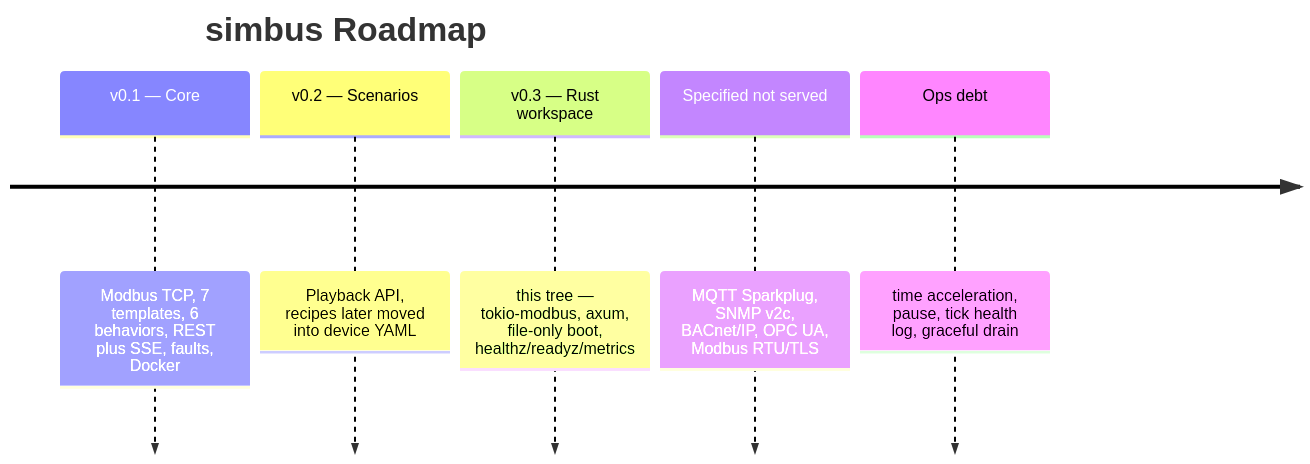
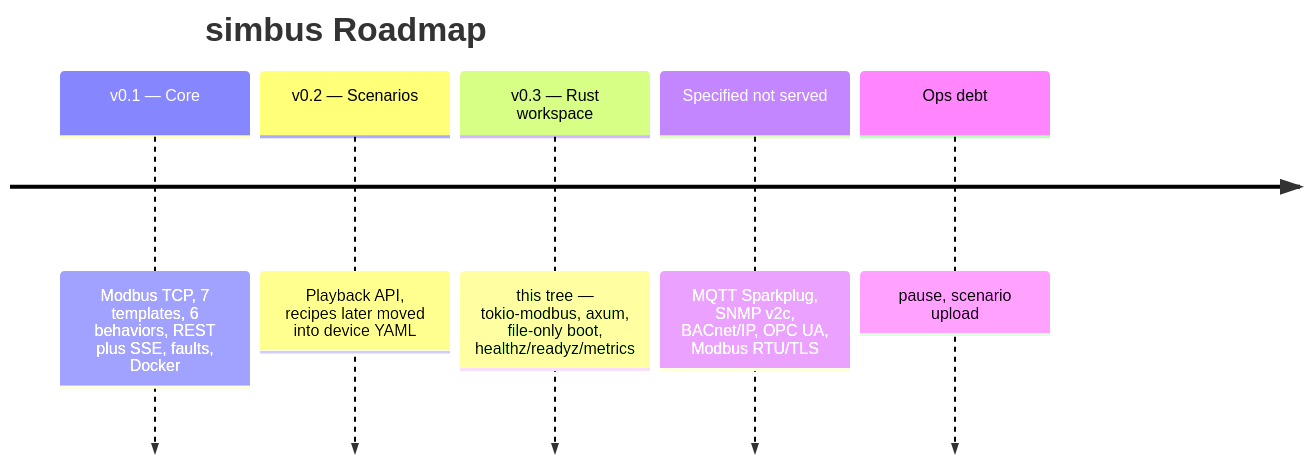
Before and after one commit to obsidia-systems/simbus: the fifth of 5 diagrams in README.md, drawn with Mermaid. The commit also changed other lines of this file and 21 other files, not shown here.

````diff
--- a/README.md
+++ b/README.md
@@ -762,9 +767,9 @@
 ```mermaid
 timeline
     title simbus Roadmap
     v0.1 — Core : Modbus TCP, 7 templates, 6 behaviors, REST plus SSE, faults, Docker
     v0.2 — Scenarios : Playback API, recipes later moved into device YAML
     v0.3 — Rust workspace : this tree — tokio-modbus, axum, file-only boot, healthz/readyz/metrics
     Specified not served : MQTT Sparkplug, SNMP v2c, BACnet/IP, OPC UA, Modbus RTU/TLS
-    Ops debt : time acceleration, pause, tick health log, graceful drain
+    Ops debt : pause, scenario upload
 ```
````
